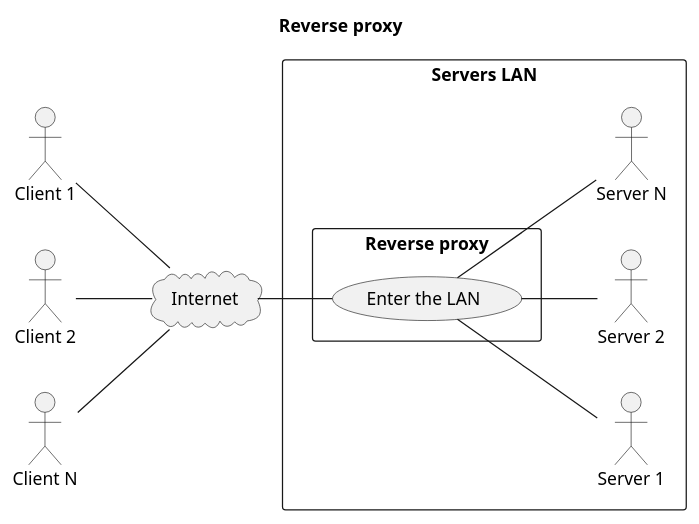
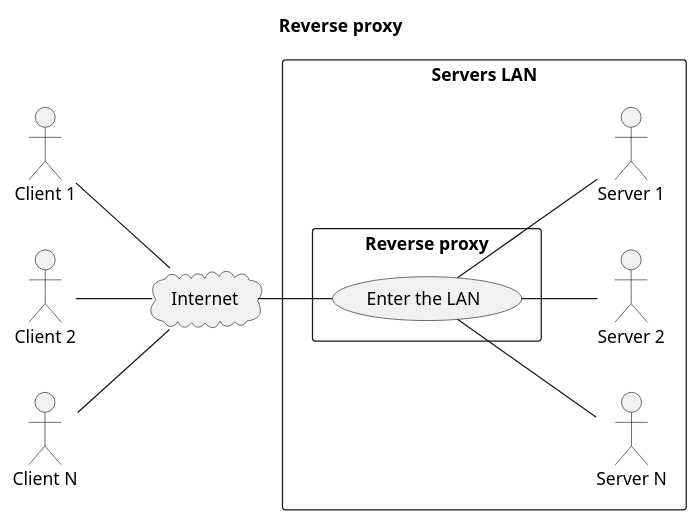
The diagram in 13.01-web-infrastructures/01-course-material/images/reverse-proxy.plantuml (heig-vd-dai-course/heig-vd-dai-course), drawn with PlantUML before and after one commit. The commit also changed 7 other files, not shown here.

```diff
--- a/13.01-web-infrastructures/01-course-material/images/reverse-proxy.plantuml
+++ b/13.01-web-infrastructures/01-course-material/images/reverse-proxy.plantuml
@@ -1,38 +1,37 @@
 @startuml reverse-proxy
 
 left to right direction
 skinparam packageStyle rectangle
 skinparam boxPadding 100
 skinparam maxMessageSize 300
 skinparam noteTextAlignment center
 skinparam sequenceMessageAlign direction
 skinparam wrapWidth 250
 
 !pragma teoz true
 
 title "Reverse proxy"
 
 actor "Client 1" as client1
 actor "Client 2" as client2
 actor "Client N" as clientN
 
 cloud "Internet" as internet {
     (client1) -- internet
     (client2) -- internet
     (clientN) -- internet
 }
 
 rectangle "Servers LAN" as serversLan {
-
+    actor "Server N" as serverN
+    actor "Server 2" as server2
     actor "Server 1" as server1
-    actor "Server 2" as server2
-    actor "Server N" as serverN
 
     rectangle "Reverse proxy" as reverseProxy {
         internet -- (Enter the LAN)
         (Enter the LAN) -- server1
         (Enter the LAN) -- server2
         (Enter the LAN) -- serverN
     }
 }
 @enduml
```
